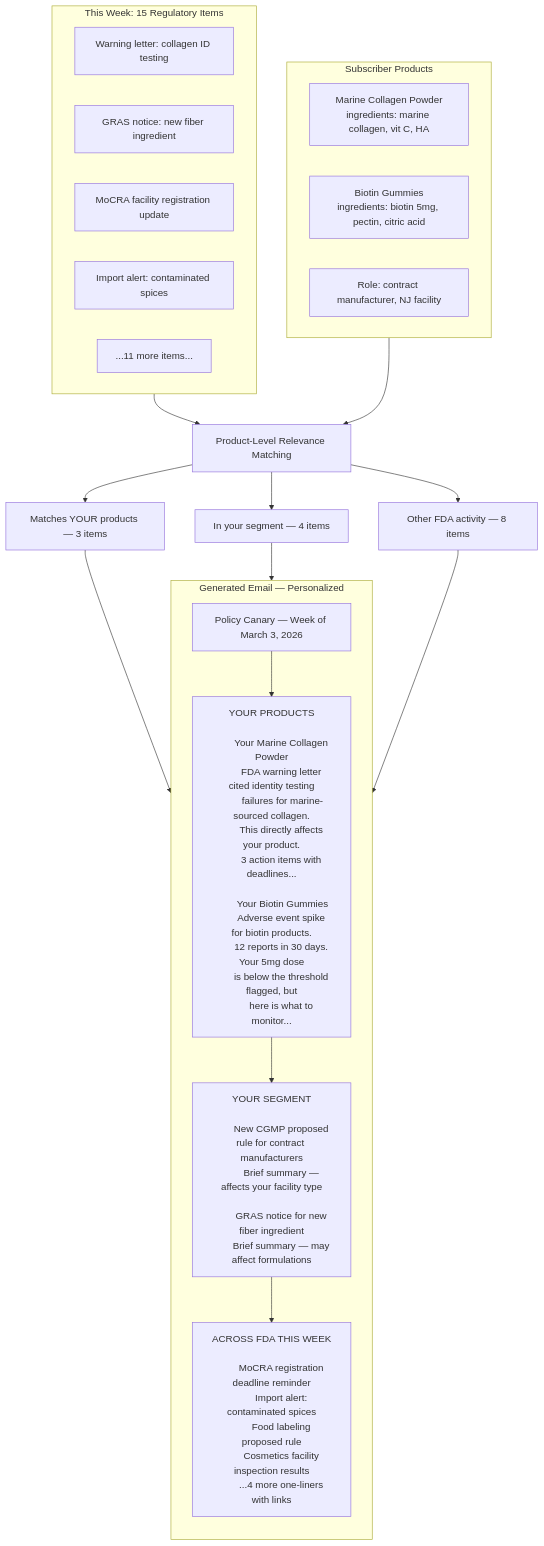
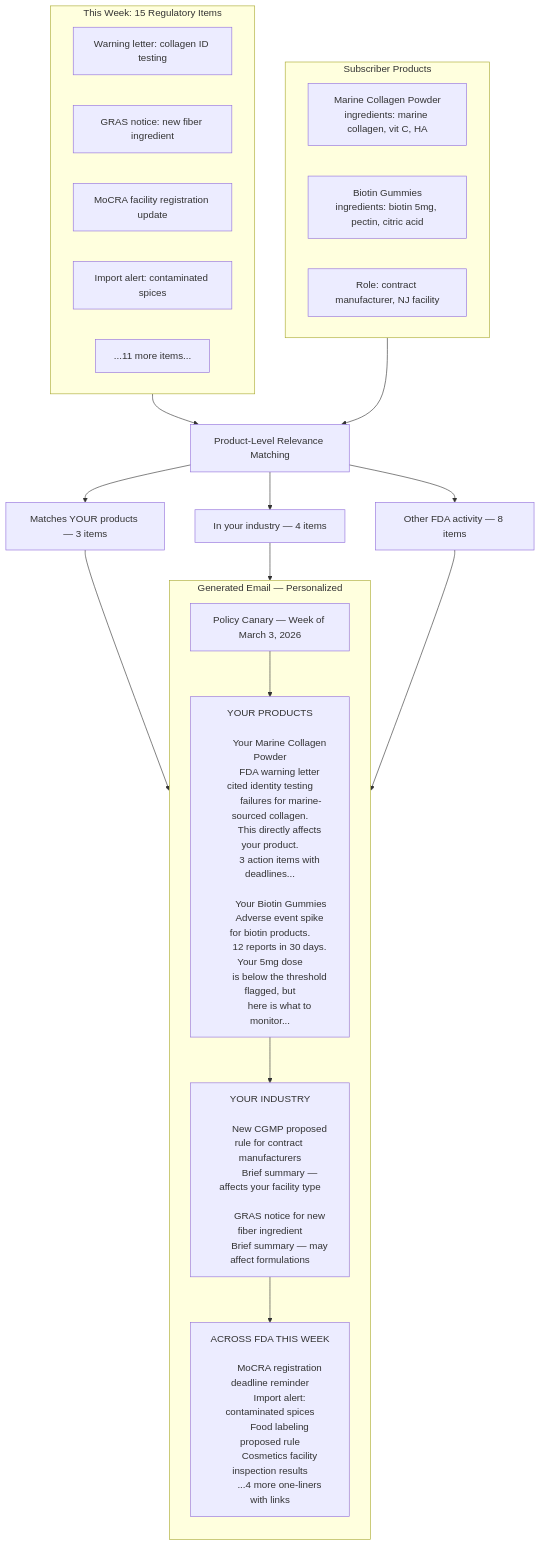
Before and after one commit to Gr0x01/policycanary: the third of 4 diagrams in memory-bank/architecture/llm-data-flow.md, drawn with Mermaid. The commit also changed other lines of this file and 22 other files, not shown here.

````diff
--- a/memory-bank/architecture/llm-data-flow.md
+++ b/memory-bank/architecture/llm-data-flow.md
@@ -169,64 +162,64 @@
 ```mermaid
 flowchart TB
     subgraph WEEK["This Week: 15 Regulatory Items"]
         R1[Warning letter: collagen ID testing]
         R2[GRAS notice: new fiber ingredient]
         R3[MoCRA facility registration update]
         R4[Import alert: contaminated spices]
         R5[...11 more items...]
     end
 
     subgraph PROFILE["Subscriber Products"]
         P1["Marine Collagen Powder<br/>ingredients: marine collagen, vit C, HA"]
         P2["Biotin Gummies<br/>ingredients: biotin 5mg, pectin, citric acid"]
         P3["Role: contract manufacturer, NJ facility"]
     end
 
     WEEK --> SCORE["Product-Level Relevance Matching"]
     PROFILE --> SCORE
 
     SCORE --> PRODUCT_HIT["Matches YOUR products — 3 items"]
-    SCORE --> SEGMENT_HIT["In your segment — 4 items"]
+    SCORE --> INDUSTRY_HIT["In your industry — 4 items"]
     SCORE --> OTHER["Other FDA activity — 8 items"]
 
     subgraph EMAIL["Generated Email — Personalized"]
         direction TB
         HEADER["Policy Canary — Week of March 3, 2026"]
 
         SECTION1["YOUR PRODUCTS
 
         Your Marine Collagen Powder
         FDA warning letter cited identity testing
         failures for marine-sourced collagen.
         This directly affects your product.
         3 action items with deadlines...
 
         Your Biotin Gummies
         Adverse event spike for biotin products.
         12 reports in 30 days. Your 5mg dose
         is below the threshold flagged, but
         here is what to monitor..."]
 
-        SECTION2["YOUR SEGMENT
+        SECTION2["YOUR INDUSTRY
 
         New CGMP proposed rule for contract manufacturers
         Brief summary — affects your facility type
 
         GRAS notice for new fiber ingredient
         Brief summary — may affect formulations"]
 
         SECTION3["ACROSS FDA THIS WEEK
 
         MoCRA registration deadline reminder
         Import alert: contaminated spices
         Food labeling proposed rule
         Cosmetics facility inspection results
         ...4 more one-liners with links"]
 
         HEADER --> SECTION1 --> SECTION2 --> SECTION3
     end
 
     PRODUCT_HIT --> SECTION1
-    SEGMENT_HIT --> SECTION2
+    INDUSTRY_HIT --> SECTION2
     OTHER --> SECTION3
 ```
````
